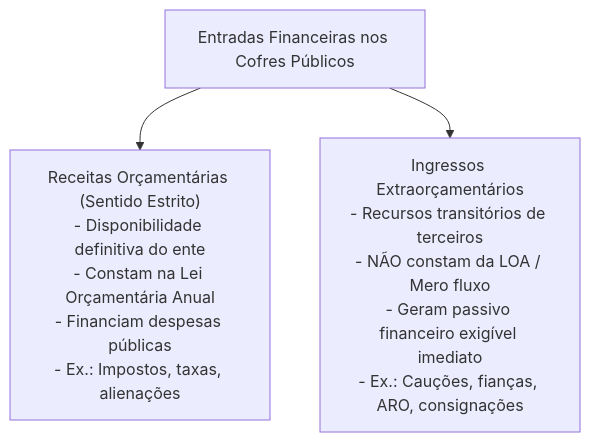
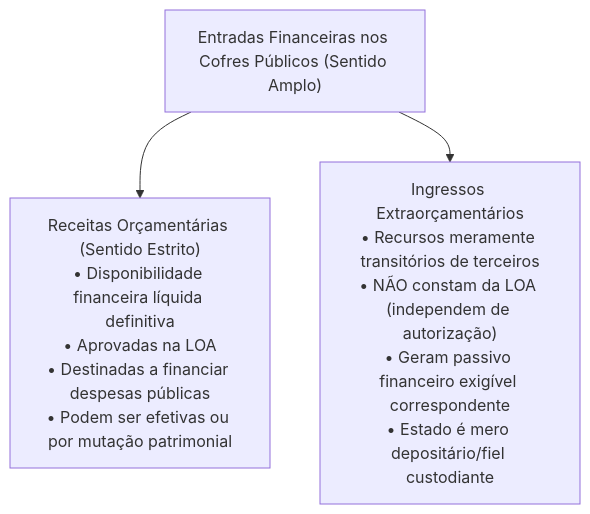
Before and after one commit to thiagosantos346/TCE-GO-2027: the first of 4 diagrams in fontes_de_estudo/conhecimentos_especificos_a01_tecnico_administrativo/19_nocoes_de_administracao_financeira_e_orcamentaria/02_receita_publica_estagios_fontes_e_classificacoes.md, drawn with Mermaid. The commit also changed other lines of this file and 119 other files, not shown here.

````diff
--- a/fontes_de_estudo/conhecimentos_especificos_a01_tecnico_administrativo/19_nocoes_de_administracao_financeira_e_orcamentaria/02_receita_publica_estagios_fontes_e_classificacoes.md
+++ b/fontes_de_estudo/conhecimentos_especificos_a01_tecnico_administrativo/19_nocoes_de_administracao_financeira_e_orcamentaria/02_receita_publica_estagios_fontes_e_classificacoes.md
@@ -87,6 +60,6 @@
 ```mermaid
 flowchart TD
-    Entrada["Entradas Financeiras nos Cofres Públicos"]
-    Entrada --> RO["Receitas Orçamentárias (Sentido Estrito)<br/>- Disponibilidade definitiva do ente<br/>- Constam na Lei Orçamentária Anual<br/>- Financiam despesas públicas<br/>- Ex.: Impostos, taxas, alienações"]
-    Entrada --> IE["Ingressos Extraorçamentários<br/>- Recursos transitórios de terceiros<br/>- NÃO constam da LOA / Mero fluxo<br/>- Geram passivo financeiro exigível imediato<br/>- Ex.: Cauções, fianças, ARO, consignações"]
+    Entrada["Entradas Financeiras nos Cofres Públicos (Sentido Amplo)"]
+    Entrada --> RO["Receitas Orçamentárias (Sentido Estrito)<br/>• Disponibilidade financeira líquida definitiva<br/>• Aprovadas na LOA<br/>• Destinadas a financiar despesas públicas<br/>• Podem ser efetivas ou por mutação patrimonial"]
+    Entrada --> IE["Ingressos Extraorçamentários<br/>• Recursos meramente transitórios de terceiros<br/>• NÃO constam da LOA (independem de autorização)<br/>• Geram passivo financeiro exigível correspondente<br/>• Estado é mero depositário/fiel custodiante"]
 ```
````
